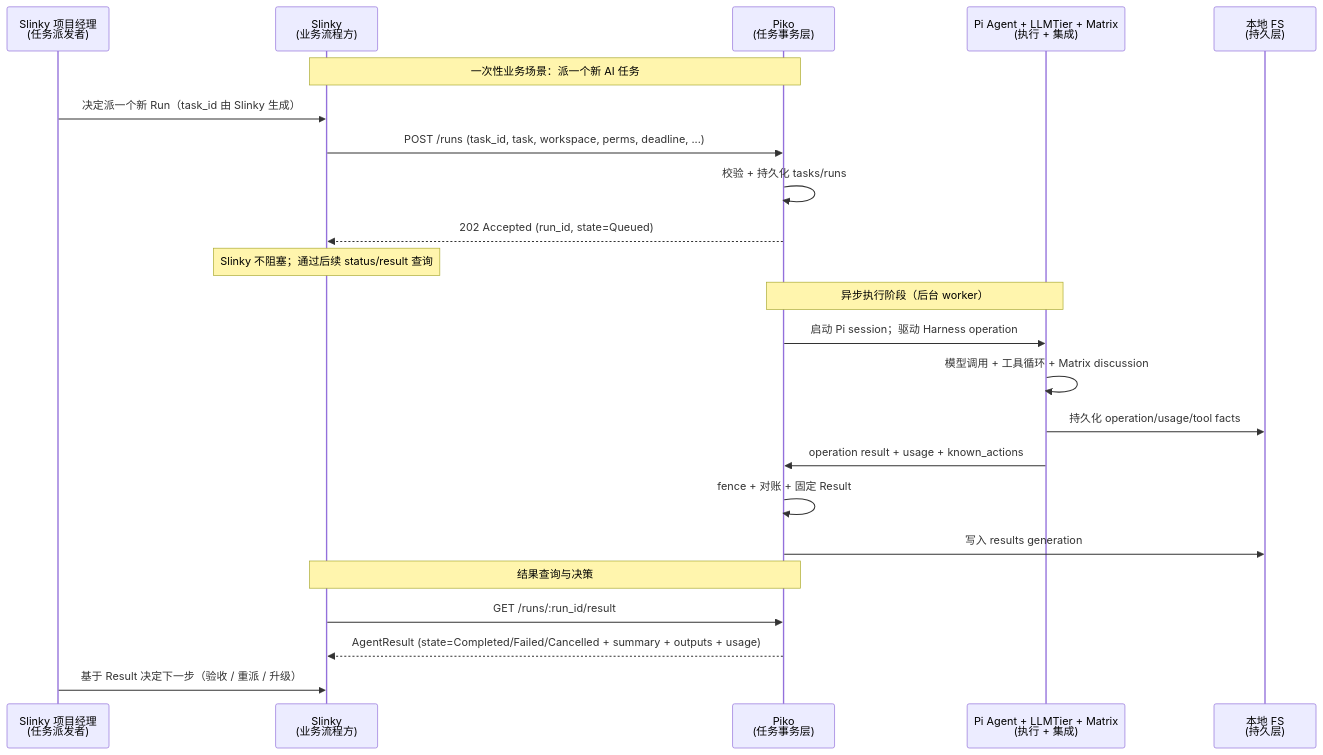
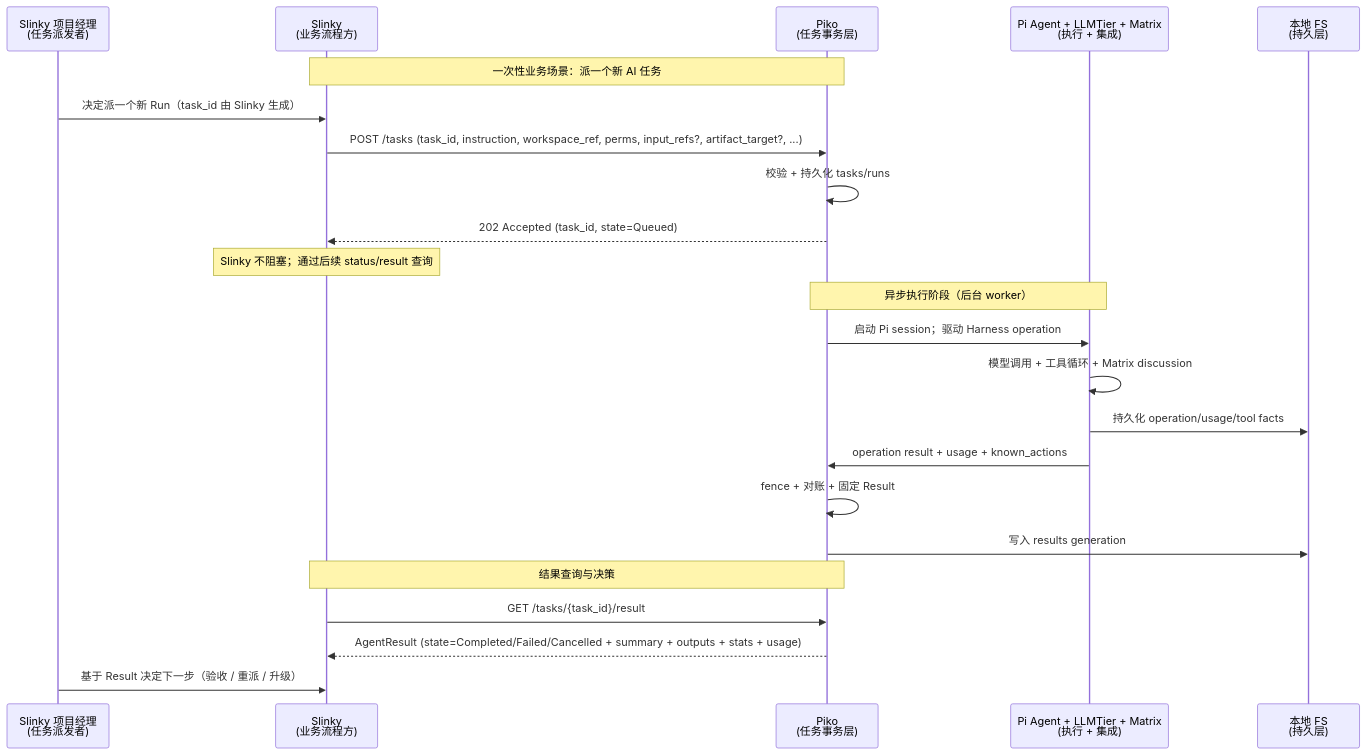
Before and after one commit to corezilla/piko: the first of 10 diagrams in docs/20_system_design/piko-system-design.md, drawn with Mermaid. The commit also changed other lines of this file and 22 other files, not shown here.

````diff
--- a/docs/20_system_design/piko-system-design.md
+++ b/docs/20_system_design/piko-system-design.md
@@ -47,28 +47,28 @@
 ```mermaid
 sequenceDiagram
   participant U as Slinky 项目经理<br/>(任务派发者)
   participant SL as Slinky<br/>(业务流程方)
   participant P as Piko<br/>(任务事务层)
   participant M as Pi Agent + LLMTier + Matrix<br/>(执行 + 集成)
   participant FS as 本地 FS<br/>(持久层)
 
   Note over SL,P: 一次性业务场景：派一个新 AI 任务
   U->>SL: 决定派一个新 Run（task_id 由 Slinky 生成）
-  SL->>P: POST /runs (task_id, task, workspace, perms, deadline, ...)
+  SL->>P: POST /tasks (task_id, instruction, workspace_ref, perms, input_refs?, artifact_target?, ...)
   P->>P: 校验 + 持久化 tasks/runs
-  P-->>SL: 202 Accepted (run_id, state=Queued)
+  P-->>SL: 202 Accepted (task_id, state=Queued)
   Note over SL: Slinky 不阻塞；通过后续 status/result 查询
 
   Note over P,M: 异步执行阶段（后台 worker）
   P->>M: 启动 Pi session；驱动 Harness operation
   M->>M: 模型调用 + 工具循环 + Matrix discussion
   M->>FS: 持久化 operation/usage/tool facts
   M->>P: operation result + usage + known_actions
   P->>P: fence + 对账 + 固定 Result
   P->>FS: 写入 results generation
 
   Note over SL,P: 结果查询与决策
-  SL->>P: GET /runs/:run_id/result
-  P-->>SL: AgentResult (state=Completed/Failed/Cancelled + summary + outputs + usage)
+  SL->>P: GET /tasks/{task_id}/result
+  P-->>SL: AgentResult (state=Completed/Failed/Cancelled + summary + outputs + stats + usage)
   U->>SL: 基于 Result 决定下一步（验收 / 重派 / 升级）
 ```
````
